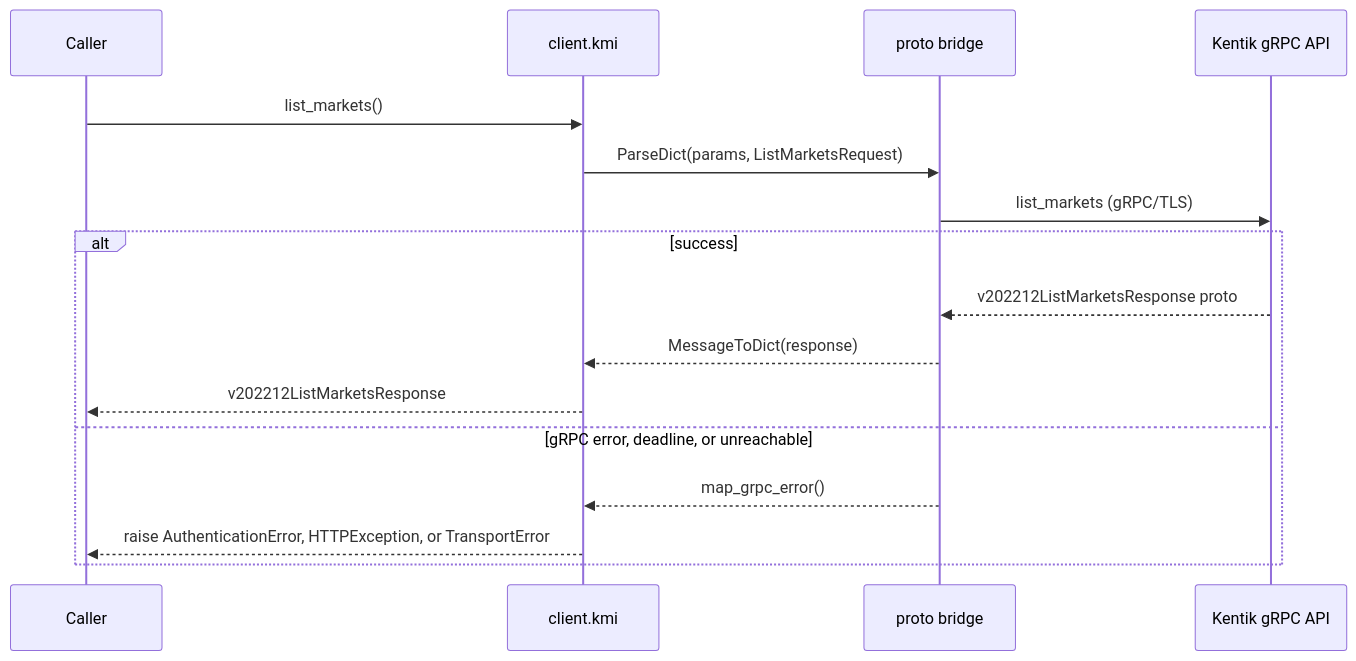
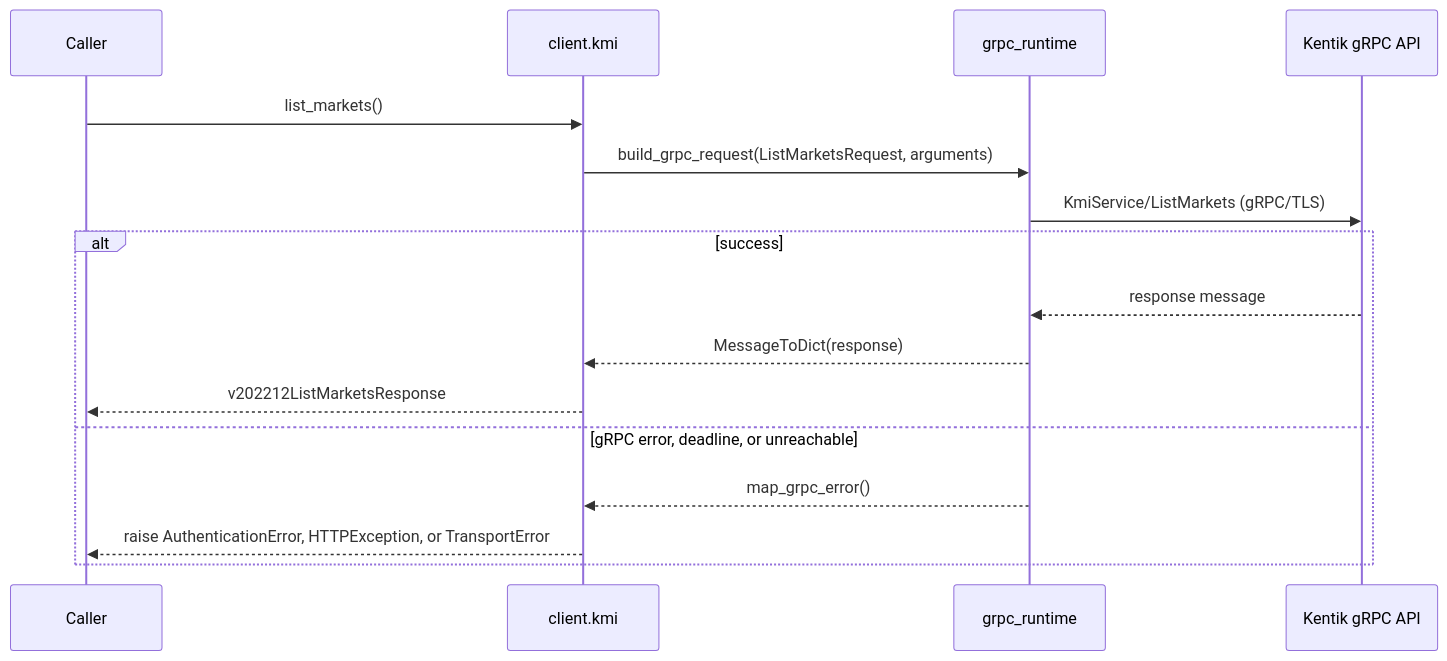
Before and after one commit to alexdearaujo/community_sdk_python: diagram 11 of 12 in docs/sphinx/services/kmi.md, drawn with Mermaid. The commit also changed other lines of this file and 37 other files, not shown here.

First line of the commit message:
docs: show the real RPC in each service page's gRPC diagram

````diff
--- a/docs/sphinx/services/kmi.md
+++ b/docs/sphinx/services/kmi.md
@@ -384,19 +384,19 @@
 ```mermaid
 sequenceDiagram
     participant C as Caller
     participant W as client.kmi
-    participant B as proto bridge
+    participant R as grpc_runtime
     participant API as Kentik gRPC API
 
     C->>W: list_markets()
-    W->>B: ParseDict(params, ListMarketsRequest)
-    B->>API: list_markets (gRPC/TLS)
+    W->>R: build_grpc_request(ListMarketsRequest, arguments)
+    R->>API: KmiService/ListMarkets (gRPC/TLS)
     alt success
-        API-->>B: v202212ListMarketsResponse proto
-        B-->>W: MessageToDict(response)
+        API-->>R: response message
+        R-->>W: MessageToDict(response)
         W-->>C: v202212ListMarketsResponse
     else gRPC error, deadline, or unreachable
-        B-->>W: map_grpc_error()
+        R-->>W: map_grpc_error()
         W-->>C: raise AuthenticationError, HTTPException, or TransportError
     end
 ```
````
